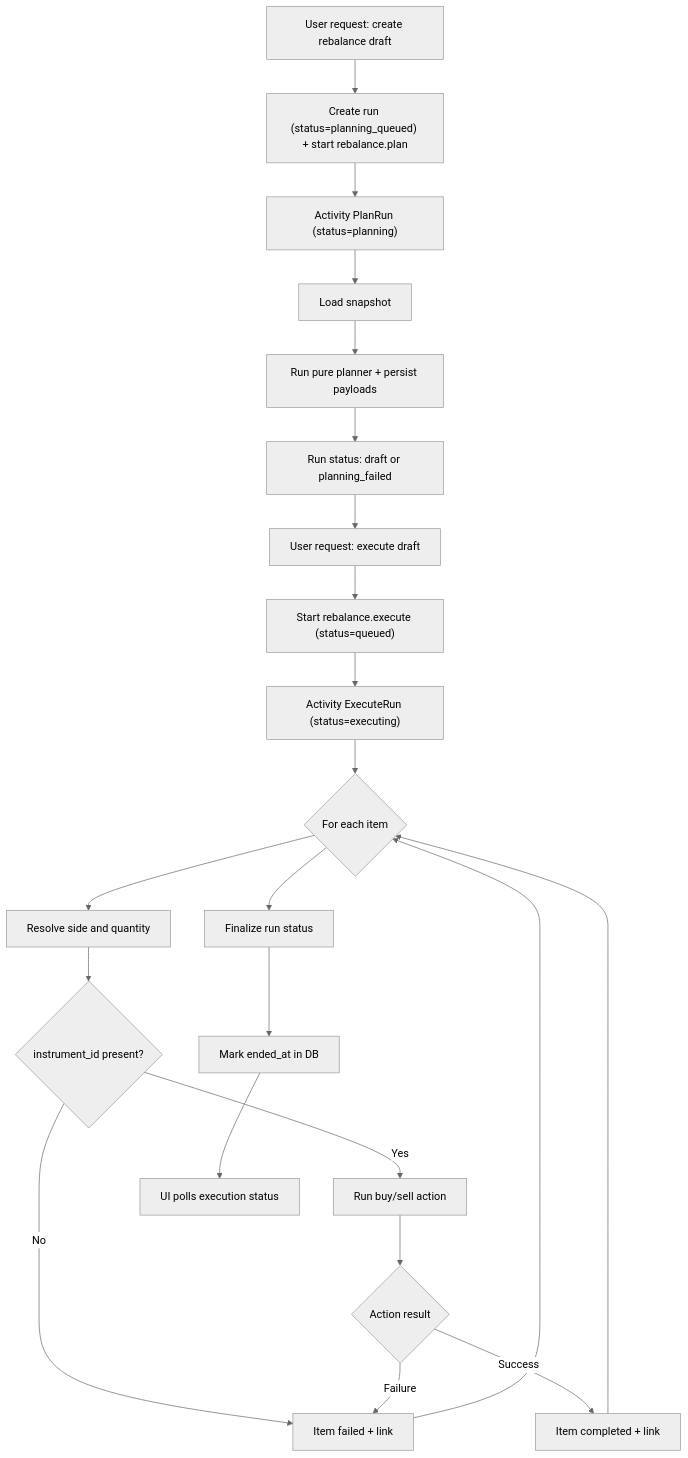
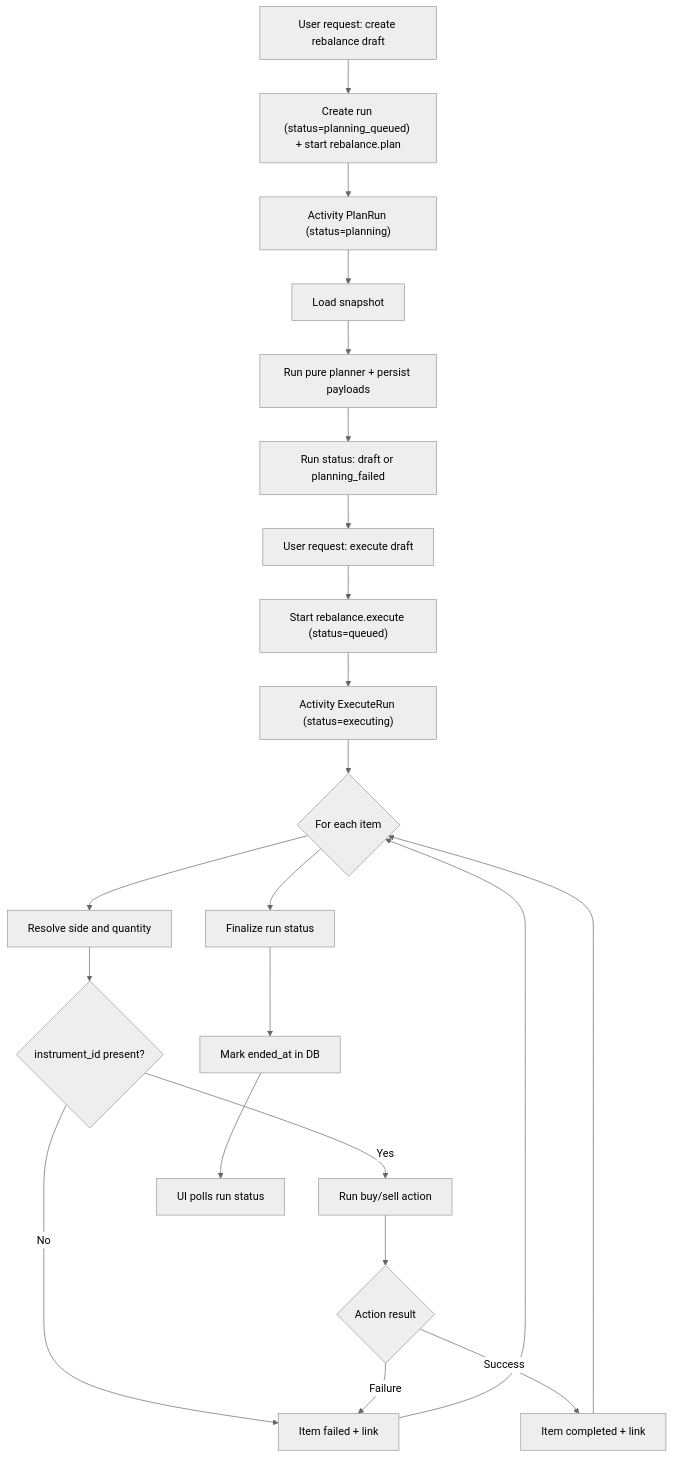
The first of 2 diagrams in docs/rebalancing/execution-pipeline.md (Wgmlgz/index-replication), drawn with Mermaid (neutral theme) before and after one commit. The commit also changed other lines of this file and 25 other files, not shown here.

````diff
--- a/docs/rebalancing/execution-pipeline.md
+++ b/docs/rebalancing/execution-pipeline.md
@@ -77,24 +77,24 @@
 ```mermaid
 flowchart TD
     A["User request: create rebalance draft"] --> B["Create run (status=planning_queued) + start rebalance.plan"]
     B --> C["Activity PlanRun (status=planning)"]
     C --> D["Load snapshot"]
     D --> E["Run pure planner + persist payloads"]
     E --> F["Run status: draft or planning_failed"]
     F --> G["User request: execute draft"]
     G --> H["Start rebalance.execute (status=queued)"]
     H --> I["Activity ExecuteRun (status=executing)"]
     I --> J{For each item}
     J --> K["Resolve side and quantity"]
     K --> L{"instrument_id present?"}
     L -->|No| P["Item failed + link"]
     L -->|Yes| M["Run buy/sell action"]
     M --> N{Action result}
     N -->|Success| O["Item completed + link"]
     N -->|Failure| P["Item failed + link"]
     O --> J
     P --> J
     J --> Q["Finalize run status"]
     Q --> R["Mark ended_at in DB"]
-    R --> S["UI polls execution status"]
+    R --> S["UI polls run status"]
 ```
````
